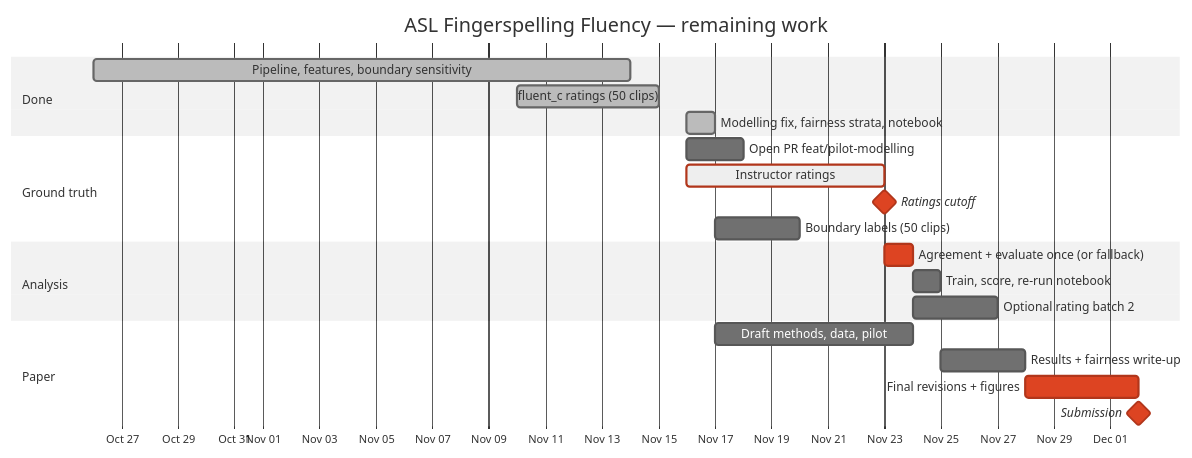
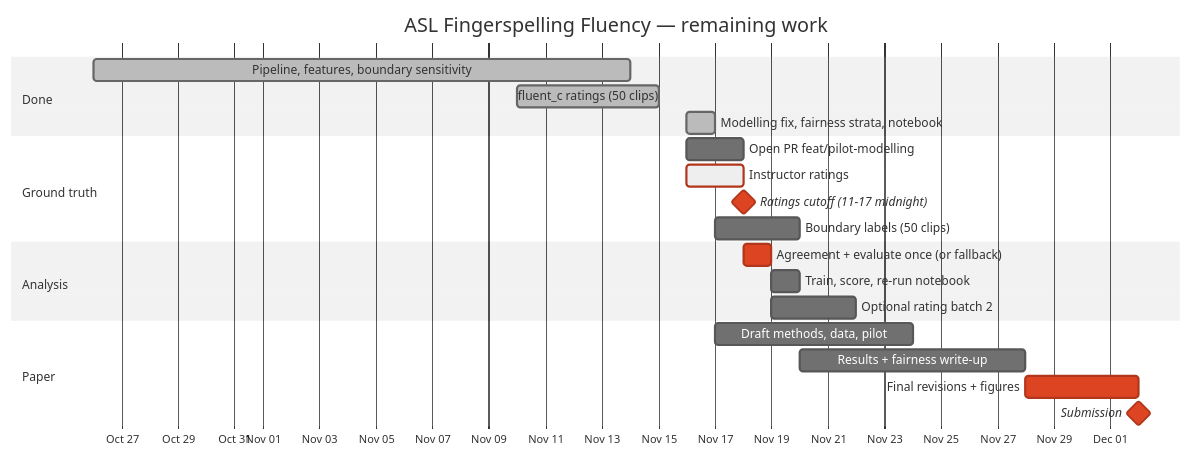
One commit to jasonkolodziej/cs-5243-901-project changed the diagram in README.md. Above: the diagram before and after it, drawn with Mermaid (neutral theme). The commit also changed other lines of this file and 1 other file, not shown here.

Commit message:
feat(docs): update deadlines in README for ratings cutoff and task due dates

````diff
--- a/README.md
+++ b/README.md
@@ -62,29 +62,29 @@
 ```mermaid
 gantt
     title ASL Fingerspelling Fluency — remaining work
     dateFormat YYYY-MM-DD
     axisFormat %b %d
     todayMarker on
 
     section Done
     Pipeline, features, boundary sensitivity :done, d1, 2026-10-26, 2026-11-14
     fluent_c ratings (50 clips)              :done, d2, 2026-11-10, 2026-11-15
     Modelling fix, fairness strata, notebook :done, d3, 2026-11-16, 1d
 
     section Ground truth
     Open PR feat/pilot-modelling             :a1, 2026-11-16, 2d
-    Instructor ratings                       :crit, active, r1, 2026-11-16, 2026-11-23
-    Ratings cutoff                           :milestone, crit, m1, 2026-11-23, 0d
+    Instructor ratings                       :crit, active, r1, 2026-11-16, 2026-11-18
+    Ratings cutoff (11-17 midnight)          :milestone, crit, m1, 2026-11-18, 0d
     Boundary labels (50 clips)               :b1, 2026-11-17, 2026-11-20
 
     section Analysis
     Agreement + evaluate once (or fallback)  :crit, e1, after m1, 1d
     Train, score, re-run notebook            :e2, after e1, 1d
     Optional rating batch 2                  :opt, after e1, 3d
 
     section Paper
     Draft methods, data, pilot               :p1, 2026-11-17, 2026-11-24
     Results + fairness write-up              :p2, after e2, 2026-11-28
     Final revisions + figures                :crit, p3, 2026-11-28, 2026-12-02
     Submission                               :milestone, crit, m2, 2026-12-02, 0d
 ```
````
